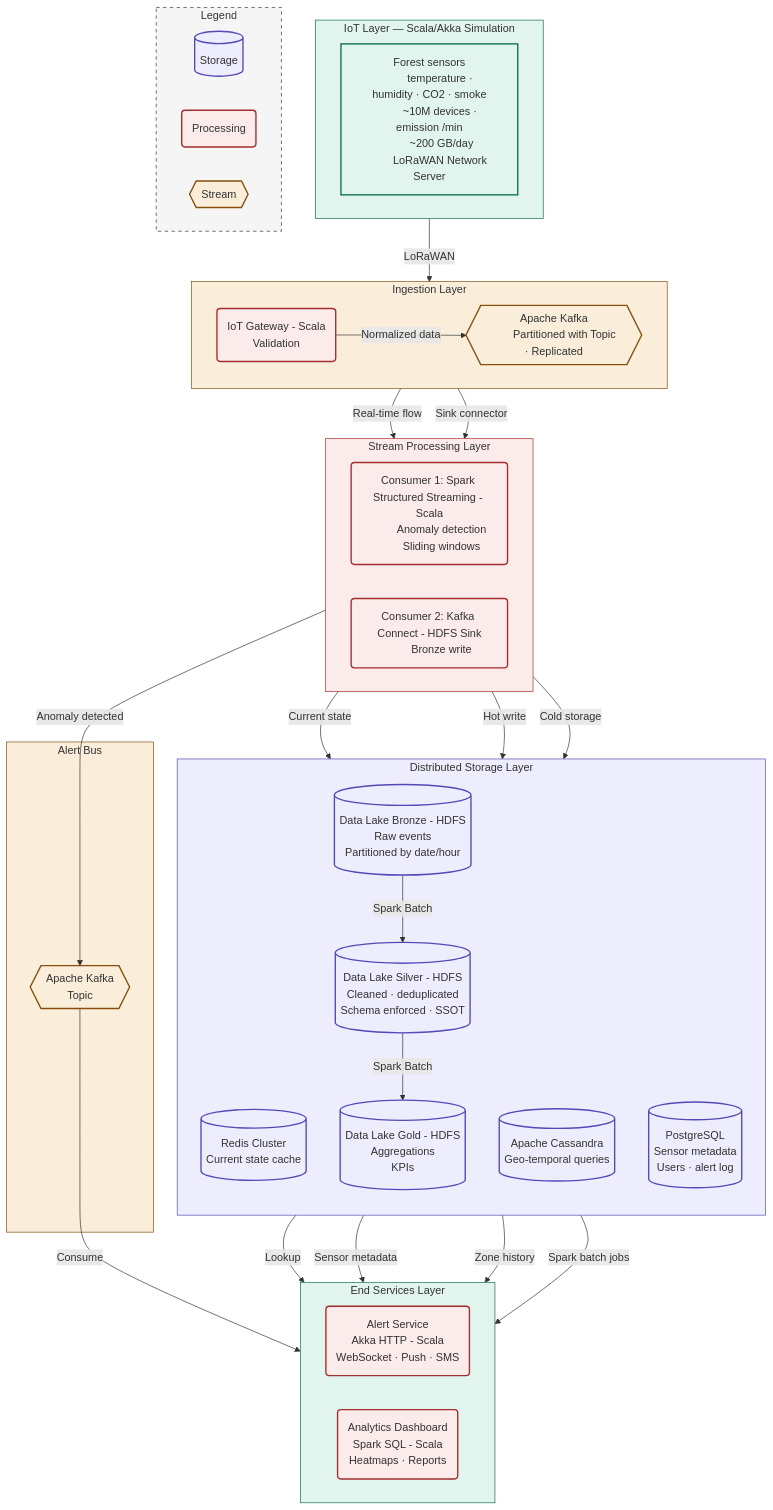
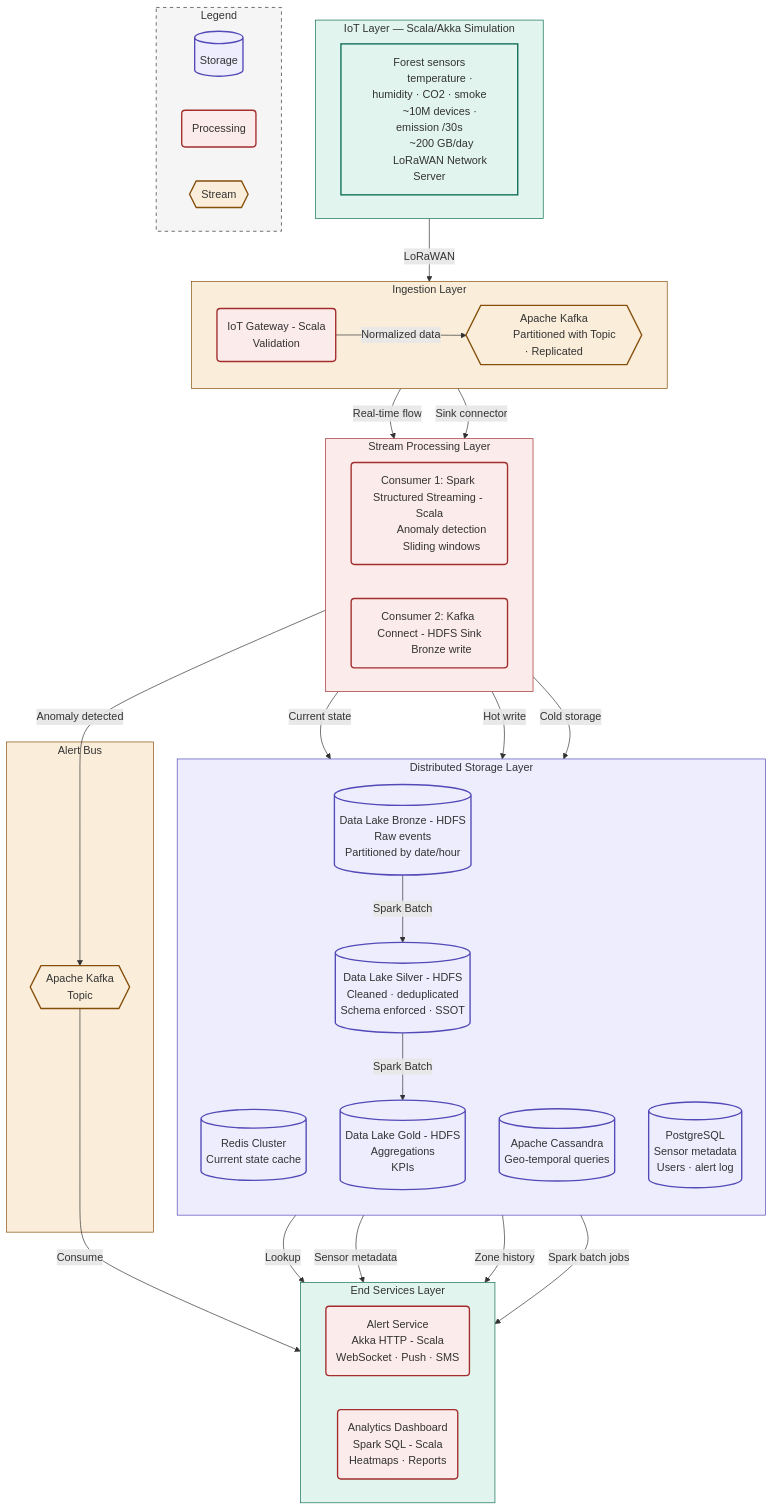
One commit to Pauwit/introduction-au-data-engineering changed the diagram in README.md. Above: the diagram before and after it, drawn with Mermaid. The commit also changed other lines of this file, not shown here.

Commit message:
fix(README): rate fix

```diff
--- a/README.md
+++ b/README.md
@@ -83,7 +83,7 @@
     direction LR
         GEN["Forest sensors
         temperature · humidity · CO2 · smoke
-        ~10M devices · emission /min
+        ~10M devices · emission /30s
         ~200 GB/day
         LoRaWAN Network Server"]:::source
  end
```
